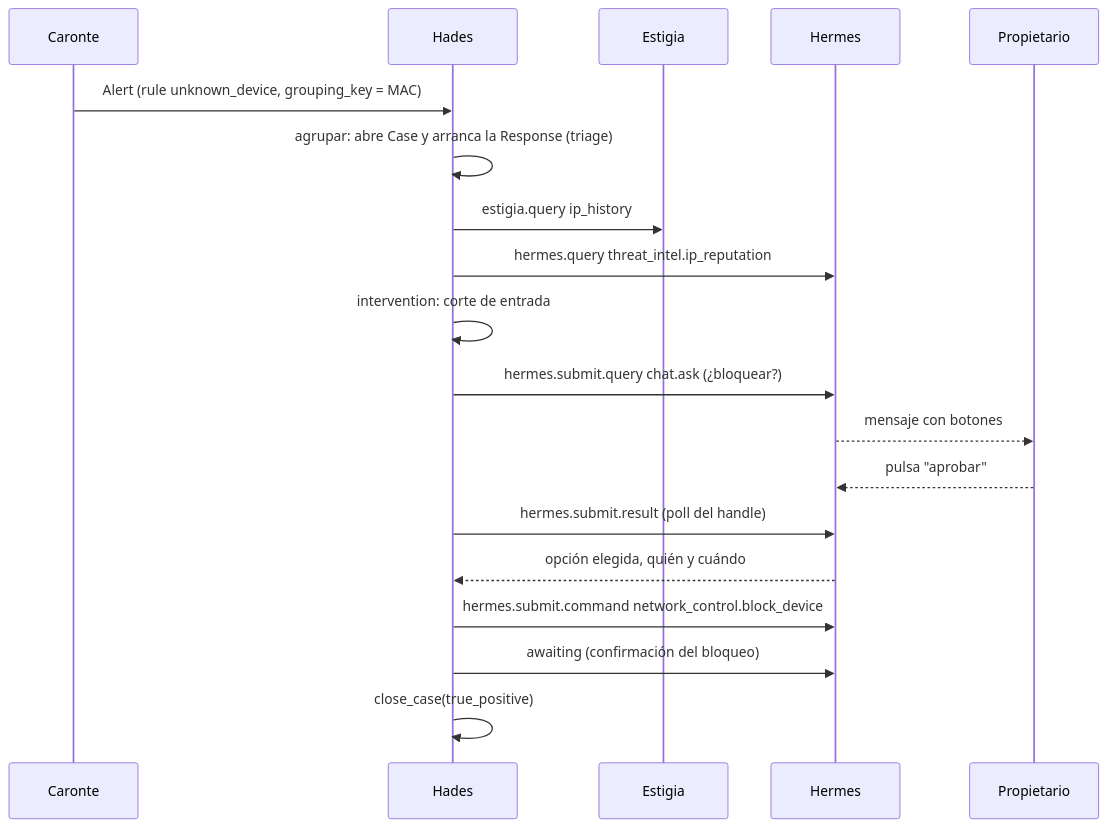
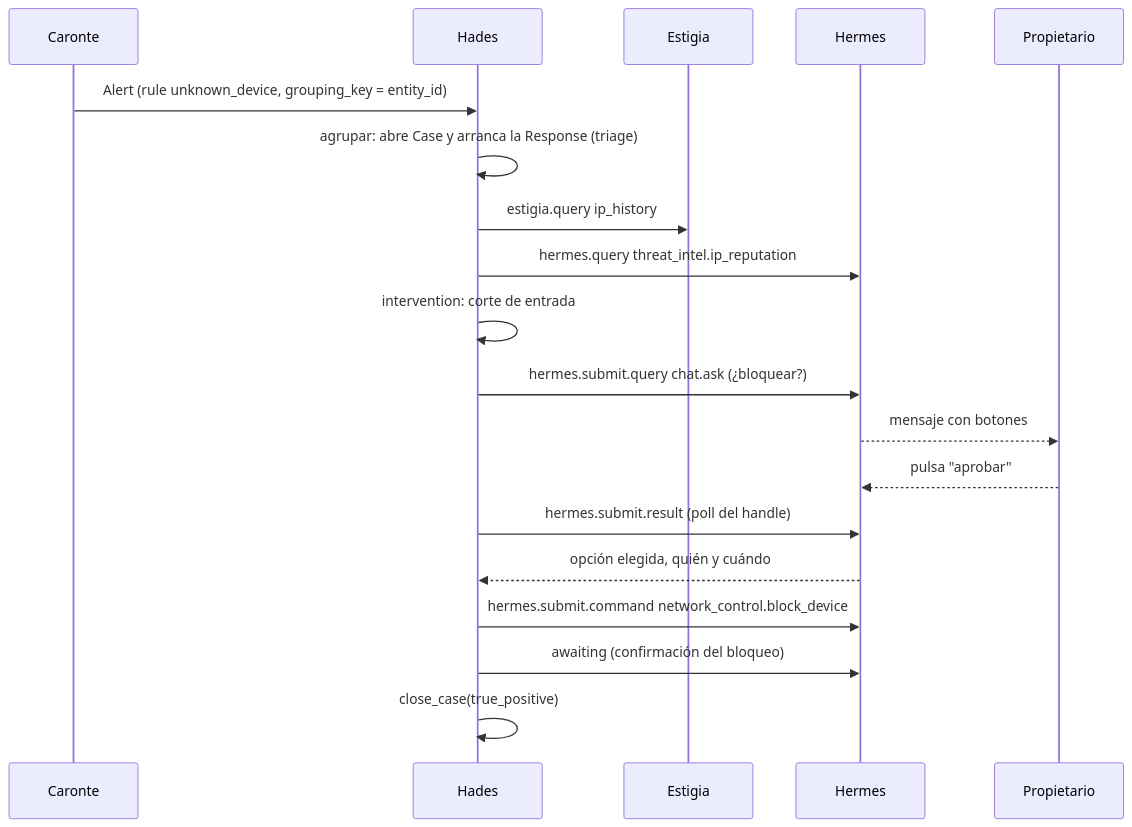
Before and after one commit to xandro30/Cerbero: the fourth of 4 diagrams in docs/hades.md, drawn with Mermaid. The commit also changed other lines of this file and 57 other files, not shown here.

````diff
--- a/docs/hades.md
+++ b/docs/hades.md
@@ -165,21 +168,21 @@
 ```mermaid
 sequenceDiagram
     participant C as Caronte
     participant H as Hades
     participant E as Estigia
     participant M as Hermes
     participant P as Propietario
-    C->>H: Alert (rule unknown_device, grouping_key = MAC)
+    C->>H: Alert (rule unknown_device, grouping_key = entity_id)
     H->>H: agrupar: abre Case y arranca la Response (triage)
     H->>E: estigia.query ip_history
     H->>M: hermes.query threat_intel.ip_reputation
     H->>H: intervention: corte de entrada
     H->>M: hermes.submit.query chat.ask (¿bloquear?)
     M-->>P: mensaje con botones
     P-->>M: pulsa "aprobar"
     H->>M: hermes.submit.result (poll del handle)
     M-->>H: opción elegida, quién y cuándo
     H->>M: hermes.submit.command network_control.block_device
     H->>M: awaiting (confirmación del bloqueo)
     H->>H: close_case(true_positive)
 ```
````
